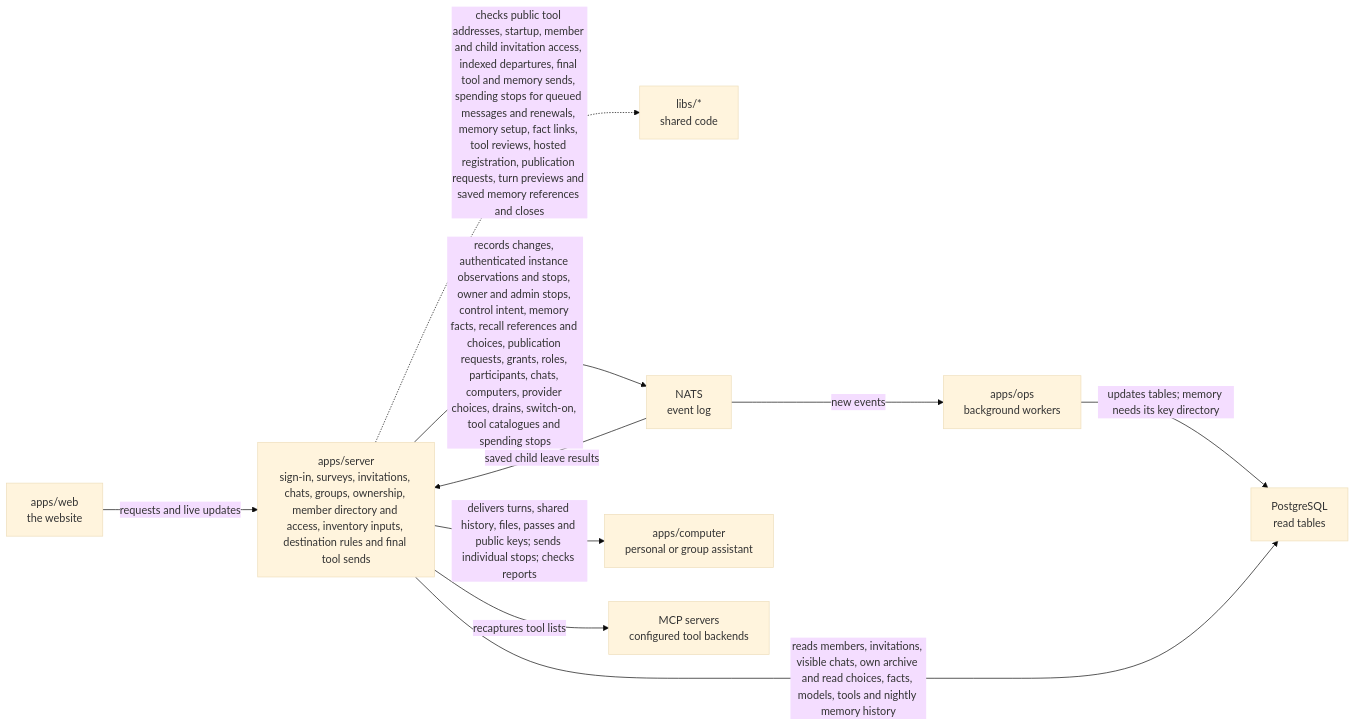
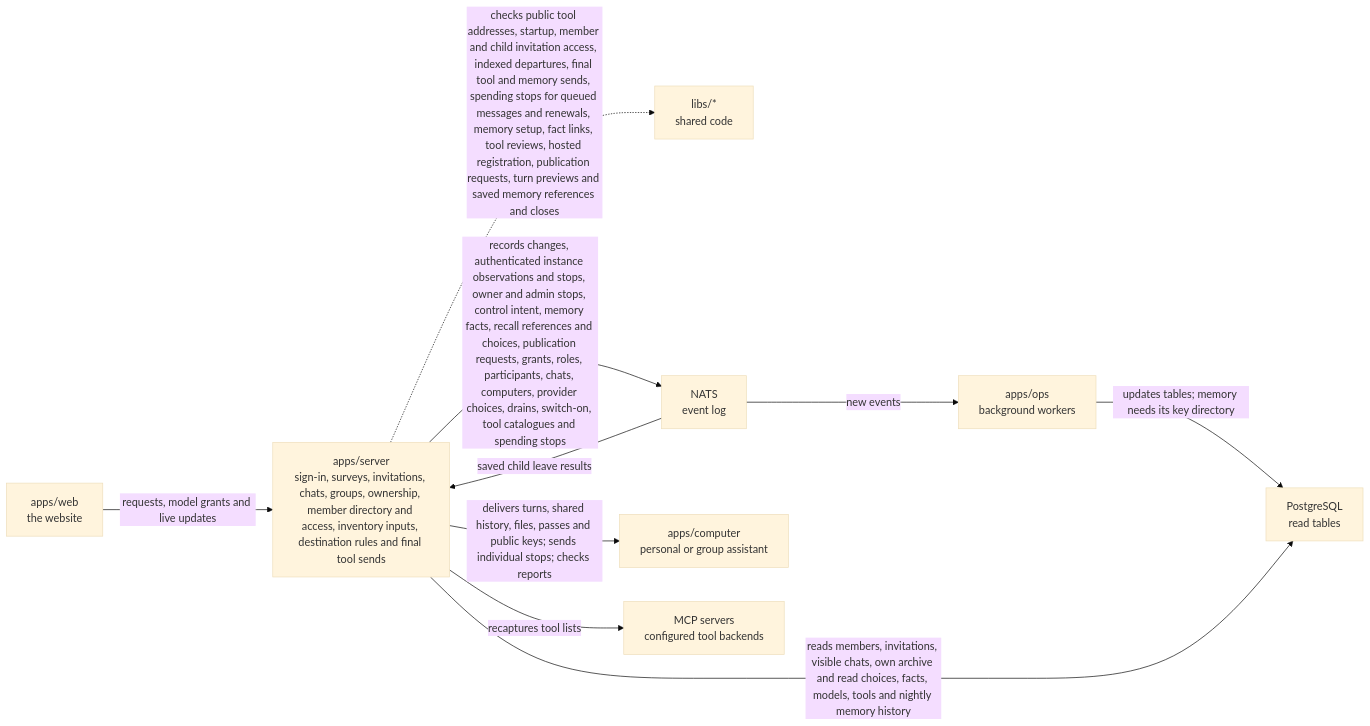
Before and after one commit to elewa-git/opencrane-new: the diagram in apps/server/README.md, drawn with Mermaid (base theme). The commit also changed other lines of this file and 30 other files, not shown here.

Commit message:
🔐 Let admins save one model access grant or removal at a time

````diff
--- a/apps/server/README.md
+++ b/apps/server/README.md
@@ -11,12 +11,12 @@
 ```mermaid
 flowchart LR
-  web["apps/web<br/>the website"] -->|requests and live updates| server["apps/server<br/>sign-in, surveys, invitations, chats, groups, ownership, member directory and access, inventory inputs, destination rules and final tool sends"]
+  web["apps/web<br/>the website"] -->|requests, model grants and live updates| server["apps/server<br/>sign-in, surveys, invitations, chats, groups, ownership, member directory and access, inventory inputs, destination rules and final tool sends"]
   server -.->|checks public tool addresses, startup, member and child invitation access, indexed departures, final tool and memory sends, spending stops for queued messages and renewals, memory setup, fact links, tool reviews, hosted registration, publication requests, turn previews and saved memory references and closes| libs["libs/*<br/>shared code"]
   server -->|records changes, authenticated instance observations and stops, owner and admin stops, control intent, memory facts, recall references and choices, publication requests, grants, roles, participants, chats, computers, provider choices, drains, switch-on, tool catalogues and spending stops| nats["NATS<br/>event log"]
   nats -->|saved child leave results| server
   nats -->|new events| ops["apps/ops<br/>background workers"]
   ops -->|updates tables; memory needs its key directory| postgres["PostgreSQL<br/>read tables"]
   server -->|reads members, invitations, visible chats, own archive and read choices, facts, models, tools and nightly memory history| postgres
   server -->|delivers turns, shared history, files, passes and public keys; sends individual stops; checks reports| computer["apps/computer<br/>personal or group assistant"]
   server -->|recaptures tool lists| mcp["MCP servers<br/>configured tool backends"]
 ```
````
